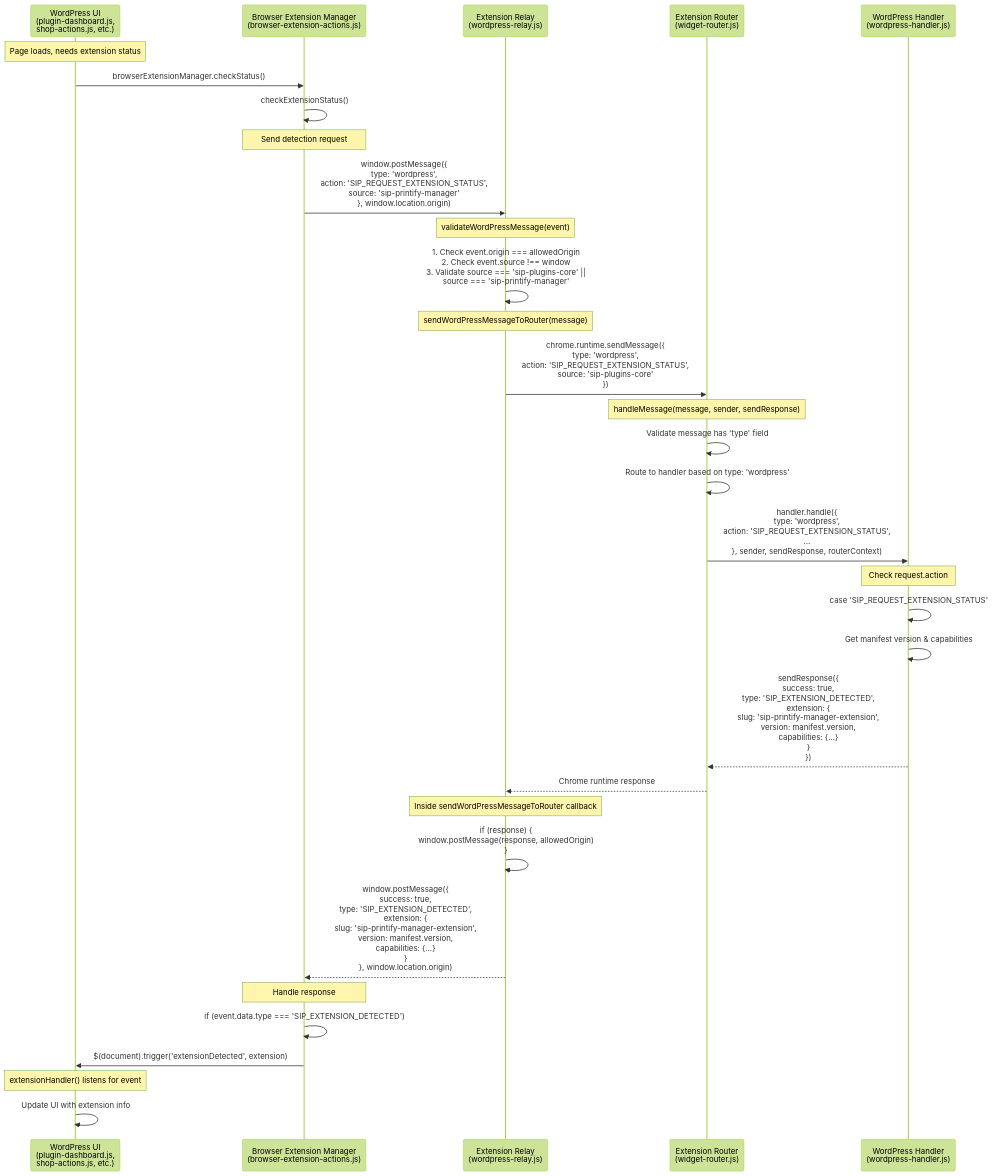
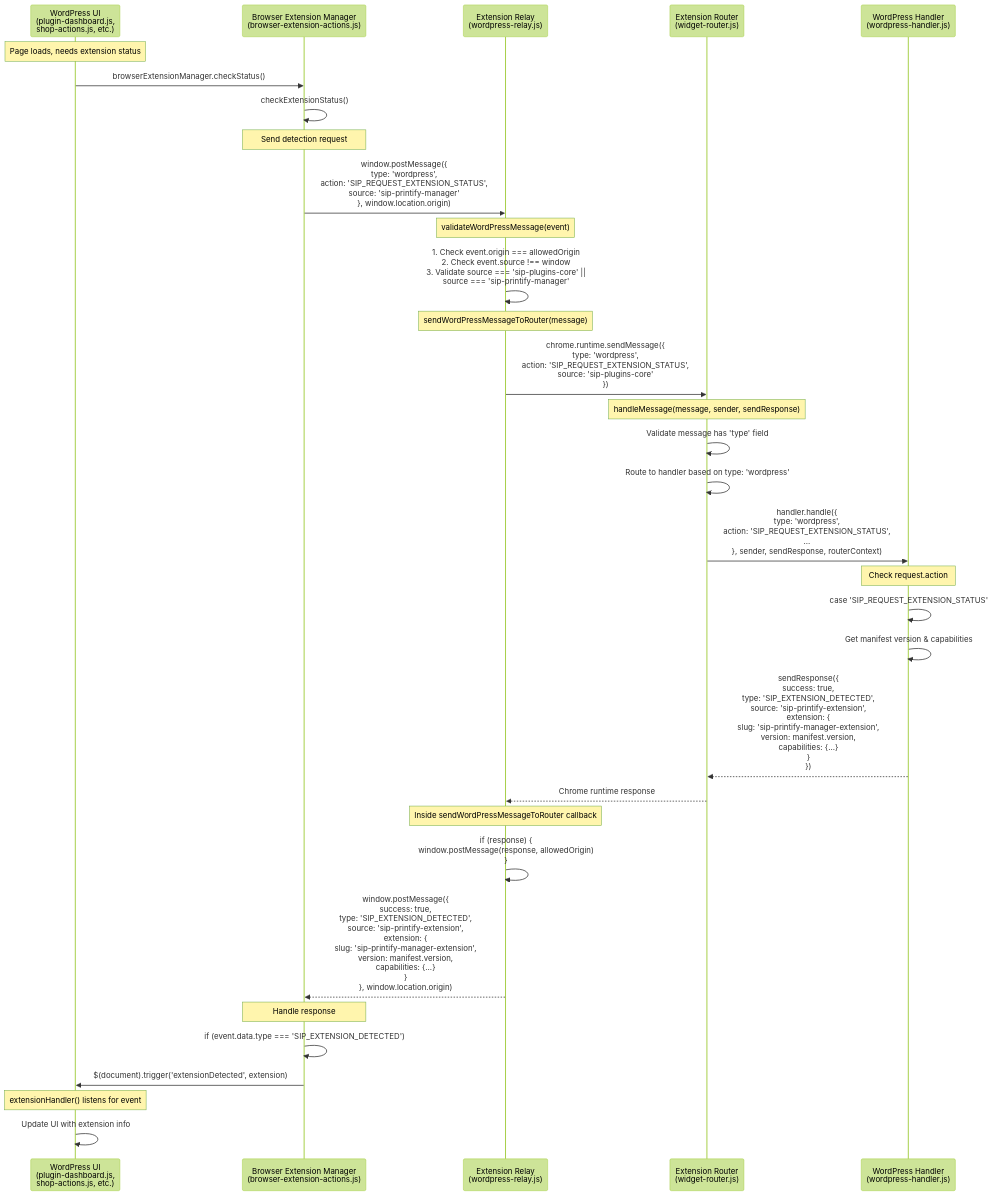
The diagram in guidelines/extension-detection-guidelines.md (tdemelle-SiP/.claude), drawn with Mermaid (forest theme) before and after one commit. The commit also changed other lines of this file, not shown here.

````diff
--- a/guidelines/extension-detection-guidelines.md
+++ b/guidelines/extension-detection-guidelines.md
@@ -17,48 +17,48 @@
 ```mermaid
 sequenceDiagram
     participant UI as WordPress UI<br/>(plugin-dashboard.js,<br/>shop-actions.js, etc.)
     participant BEM as Browser Extension Manager<br/>(browser-extension-actions.js)
     participant Relay as Extension Relay<br/>(wordpress-relay.js)
     participant Router as Extension Router<br/>(widget-router.js)
     participant Handler as WordPress Handler<br/>(wordpress-handler.js)
     
     Note over UI: Page loads, needs extension status
     
     UI->>BEM: browserExtensionManager.checkStatus()
     BEM->>BEM: checkExtensionStatus()
     
     Note over BEM: Send detection request
     BEM->>Relay: window.postMessage({<br/>  type: 'wordpress',<br/>  action: 'SIP_REQUEST_EXTENSION_STATUS',<br/>  source: 'sip-printify-manager'<br/>}, window.location.origin)
     
     Note over Relay: validateWordPressMessage(event)
     Relay->>Relay: 1. Check event.origin === allowedOrigin<br/>2. Check event.source !== window<br/>3. Validate source === 'sip-plugins-core' ||<br/>source === 'sip-printify-manager'
     
     Note over Relay: sendWordPressMessageToRouter(message)
     Relay->>Router: chrome.runtime.sendMessage({<br/>  type: 'wordpress',<br/>  action: 'SIP_REQUEST_EXTENSION_STATUS',<br/>  source: 'sip-plugins-core'<br/>})
     
     Note over Router: handleMessage(message, sender, sendResponse)
     Router->>Router: Validate message has 'type' field
     Router->>Router: Route to handler based on type: 'wordpress'
     
     Router->>Handler: handler.handle({<br/>  type: 'wordpress',<br/>  action: 'SIP_REQUEST_EXTENSION_STATUS',<br/>  ...<br/>}, sender, sendResponse, routerContext)
     
     Note over Handler: Check request.action
     Handler->>Handler: case 'SIP_REQUEST_EXTENSION_STATUS'
     Handler->>Handler: Get manifest version & capabilities
     
-    Handler-->>Router: sendResponse({<br/>  success: true,<br/>  type: 'SIP_EXTENSION_DETECTED',<br/>  extension: {<br/>    slug: 'sip-printify-manager-extension',<br/>    version: manifest.version,<br/>    capabilities: {...}<br/>  }<br/>})
+    Handler-->>Router: sendResponse({<br/>  success: true,<br/>  type: 'SIP_EXTENSION_DETECTED',<br/>  source: 'sip-printify-extension',<br/>  extension: {<br/>    slug: 'sip-printify-manager-extension',<br/>    version: manifest.version,<br/>    capabilities: {...}<br/>  }<br/>})
     
     Router-->>Relay: Chrome runtime response
     
     Note over Relay: Inside sendWordPressMessageToRouter callback
     Relay->>Relay: if (response) {<br/>  window.postMessage(response, allowedOrigin)<br/>}
     
-    Relay-->>BEM: window.postMessage({<br/>  success: true,<br/>  type: 'SIP_EXTENSION_DETECTED',<br/>  extension: {<br/>    slug: 'sip-printify-manager-extension',<br/>    version: manifest.version,<br/>    capabilities: {...}<br/>  }<br/>}, window.location.origin)
+    Relay-->>BEM: window.postMessage({<br/>  success: true,<br/>  type: 'SIP_EXTENSION_DETECTED',<br/>  source: 'sip-printify-extension',<br/>  extension: {<br/>    slug: 'sip-printify-manager-extension',<br/>    version: manifest.version,<br/>    capabilities: {...}<br/>  }<br/>}, window.location.origin)
     
     Note over BEM: Handle response
     BEM->>BEM: if (event.data.type === 'SIP_EXTENSION_DETECTED')
     BEM->>UI: $(document).trigger('extensionDetected', extension)
     
     Note over UI: extensionHandler() listens for event
     UI->>UI: Update UI with extension info
 ```
````
